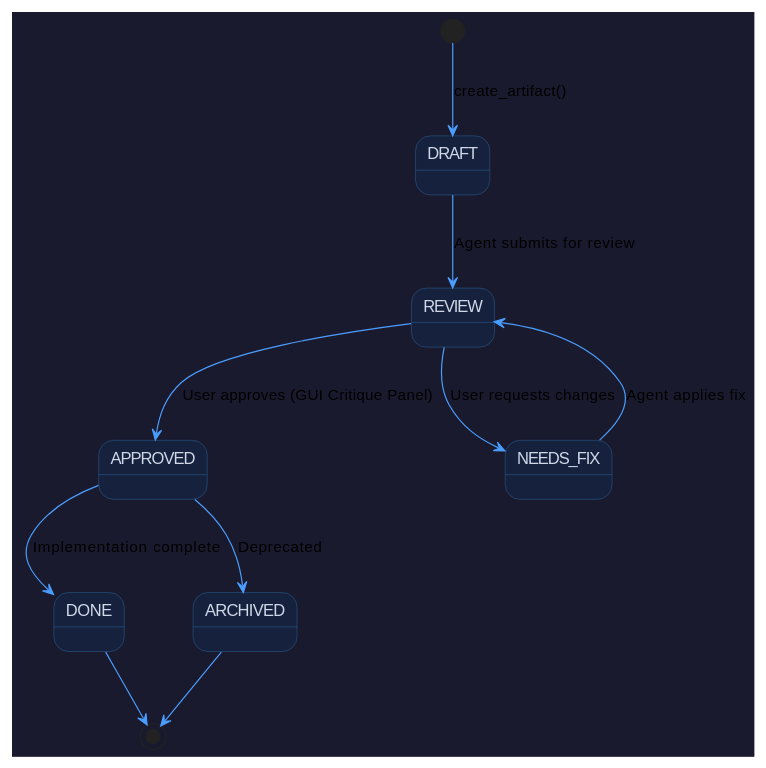
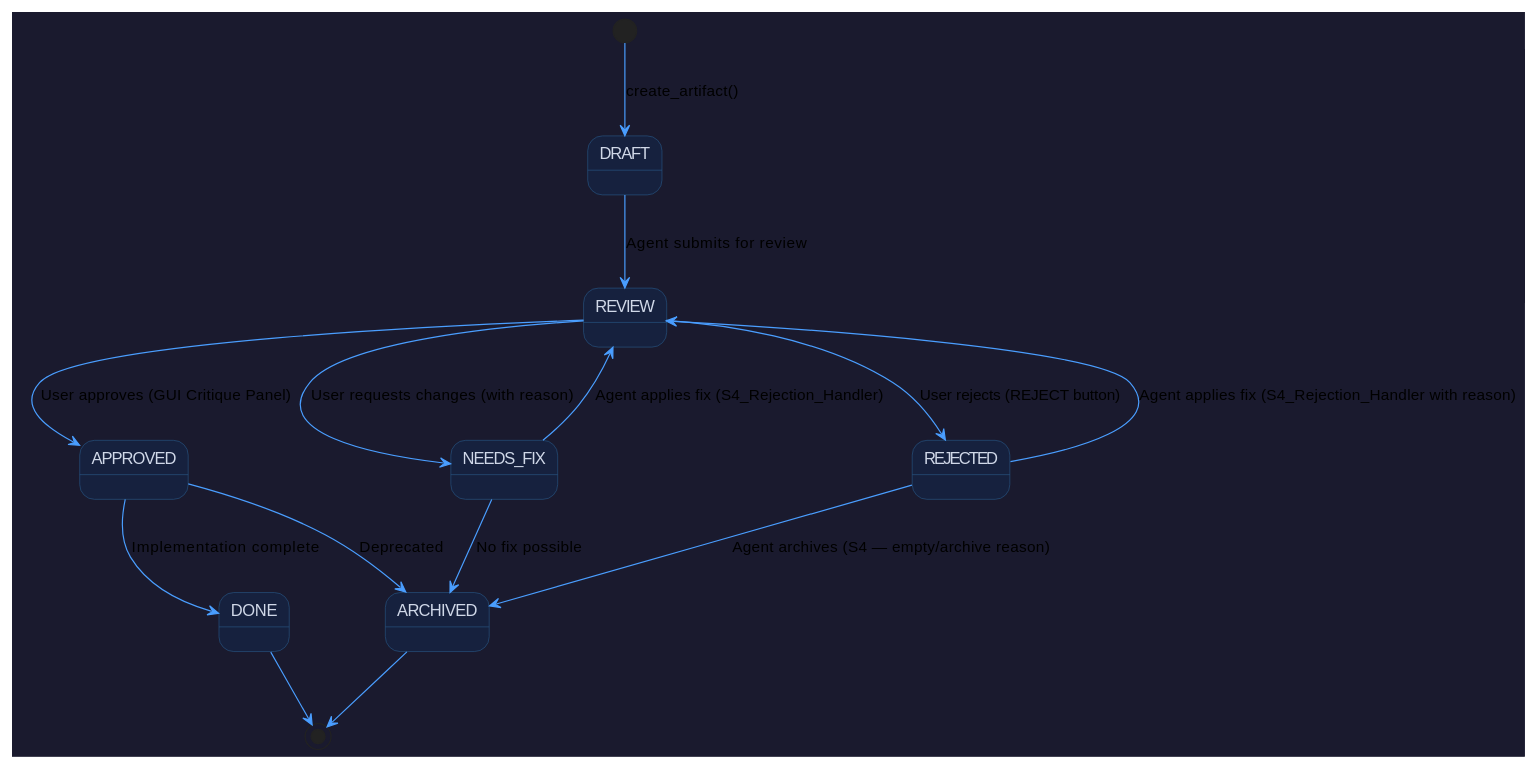
Before and after one commit to Sanali209/pla_teplate: the diagram in _blueprint/protocols/meta/State_Machine.md, drawn with PlantUML. The commit also changed other lines of this file and 14 other files, not shown here.

Commit message:
feat: Introduce core blueprint protocols, metadata schema, state machine, and validation rules for structured artifact management.

````diff
--- a/_blueprint/protocols/meta/State_Machine.md
+++ b/_blueprint/protocols/meta/State_Machine.md
@@ -11,19 +11,23 @@
 ```plantuml
 @startuml
 skinparam backgroundColor #1a1a2e
 skinparam ArrowColor #4a9eff
 skinparam StateBorderColor #2a5a8a
 skinparam StateBackgroundColor #16213e
 skinparam StateFontColor #d0d8e8
 
 [*] --> DRAFT : create_artifact()
 DRAFT --> REVIEW : Agent submits for review
 REVIEW --> APPROVED : User approves (GUI Critique Panel)
-REVIEW --> NEEDS_FIX : User requests changes
-NEEDS_FIX --> REVIEW : Agent applies fix
+REVIEW --> NEEDS_FIX : User requests changes (with reason)
+REVIEW --> REJECTED : User rejects (REJECT button)
+NEEDS_FIX --> REVIEW : Agent applies fix (S4_Rejection_Handler)
+REJECTED --> REVIEW : Agent applies fix (S4_Rejection_Handler with reason)
+REJECTED --> ARCHIVED : Agent archives (S4 — empty/archive reason)
 APPROVED --> DONE : Implementation complete
 APPROVED --> ARCHIVED : Deprecated
+NEEDS_FIX --> ARCHIVED : No fix possible
 DONE --> [*]
 ARCHIVED --> [*]
 @enduml
 ```
````
